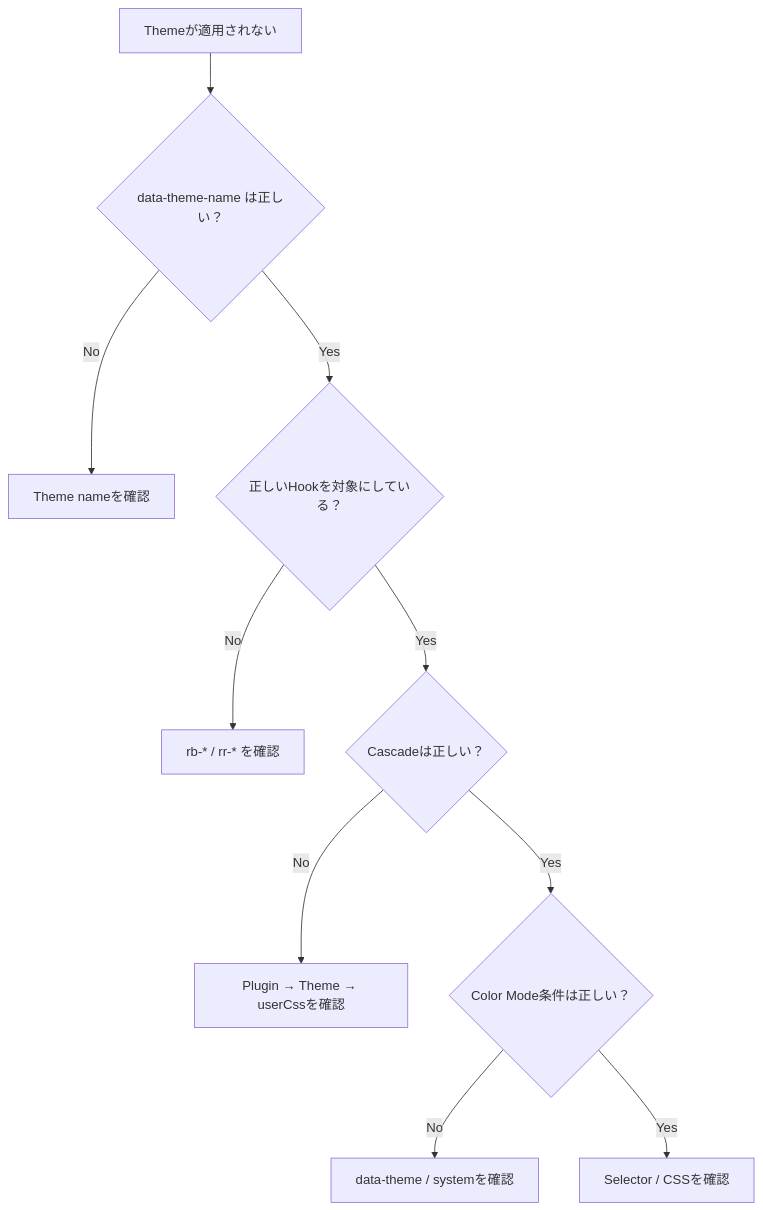
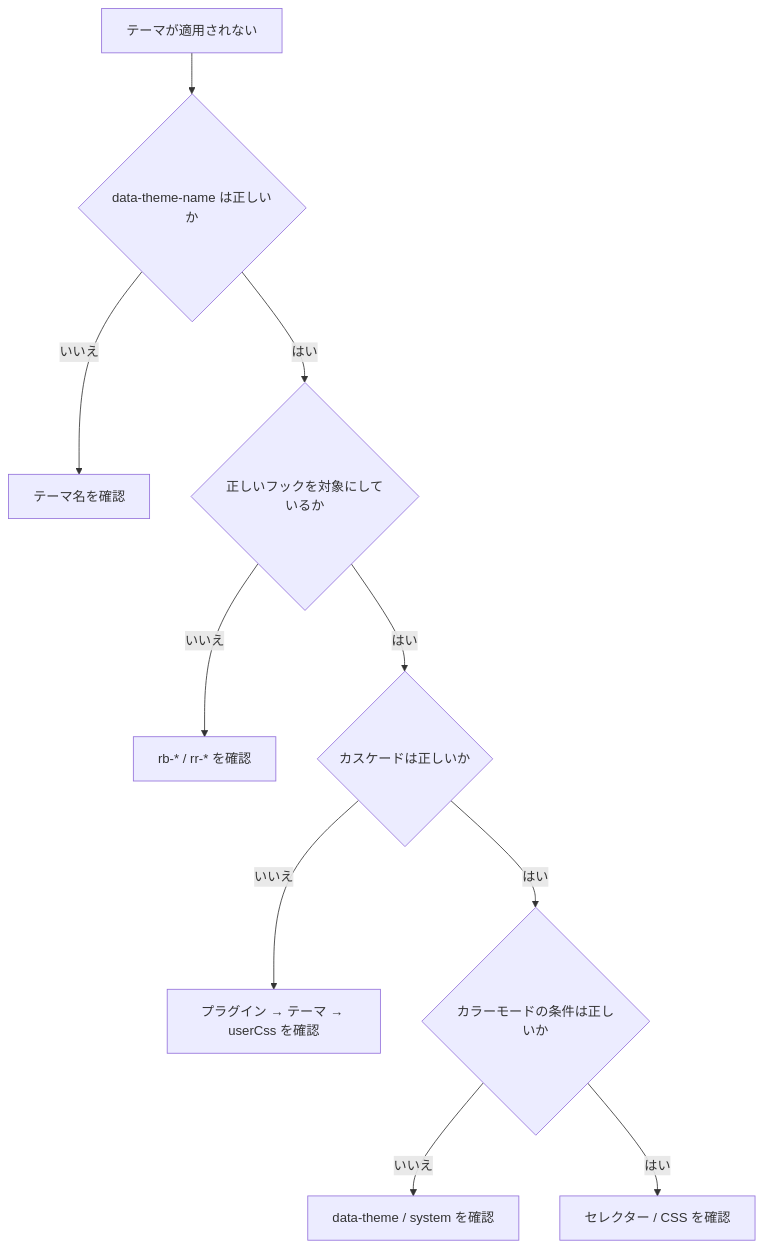
One commit to Rerurate514/riebeckite changed the second of 2 diagrams in docs/docs/framework/theme-system/css.ja.md. Above: the diagram before and after it, drawn with Mermaid. The commit also changed other lines of this file and 310 other files, not shown here.

````diff
--- a/docs/docs/framework/theme-system/css.ja.md
+++ b/docs/docs/framework/theme-system/css.ja.md
@@ -299,17 +240,17 @@
 ```mermaid id="pm3ukv"
 flowchart TD
-    Start["Themeが適用されない"]
+    Start["テーマが適用されない"]
 
-    Start --> Name{"data-theme-name は正しい？"}
-    Name -->|No| FixName["Theme nameを確認"]
-    Name -->|Yes| Hook{"正しいHookを対象にしている？"}
+    Start --> Name{"data-theme-name は正しいか"}
+    Name -->|いいえ| FixName["テーマ名を確認"]
+    Name -->|はい| Hook{"正しいフックを対象にしているか"}
 
-    Hook -->|No| FixHook["rb-* / rr-* を確認"]
-    Hook -->|Yes| Cascade{"Cascadeは正しい？"}
+    Hook -->|いいえ| FixHook["rb-* / rr-* を確認"]
+    Hook -->|はい| Cascade{"カスケードは正しいか"}
 
-    Cascade -->|No| FixCascade["Plugin → Theme → userCssを確認"]
-    Cascade -->|Yes| Mode{"Color Mode条件は正しい？"}
+    Cascade -->|いいえ| FixCascade["プラグイン → テーマ → userCss を確認"]
+    Cascade -->|はい| Mode{"カラーモードの条件は正しいか"}
 
-    Mode -->|No| FixMode["data-theme / systemを確認"]
-    Mode -->|Yes| CSS["Selector / CSSを確認"]
+    Mode -->|いいえ| FixMode["data-theme / system を確認"]
+    Mode -->|はい| CSS["セレクター / CSS を確認"]
 ```
````
